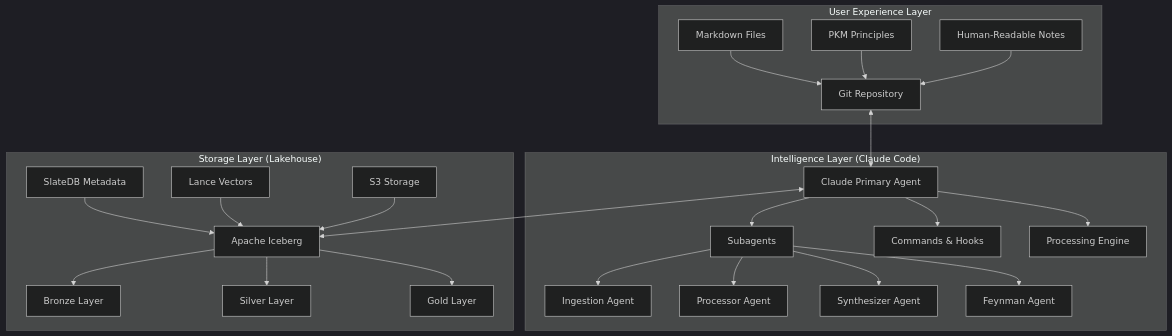
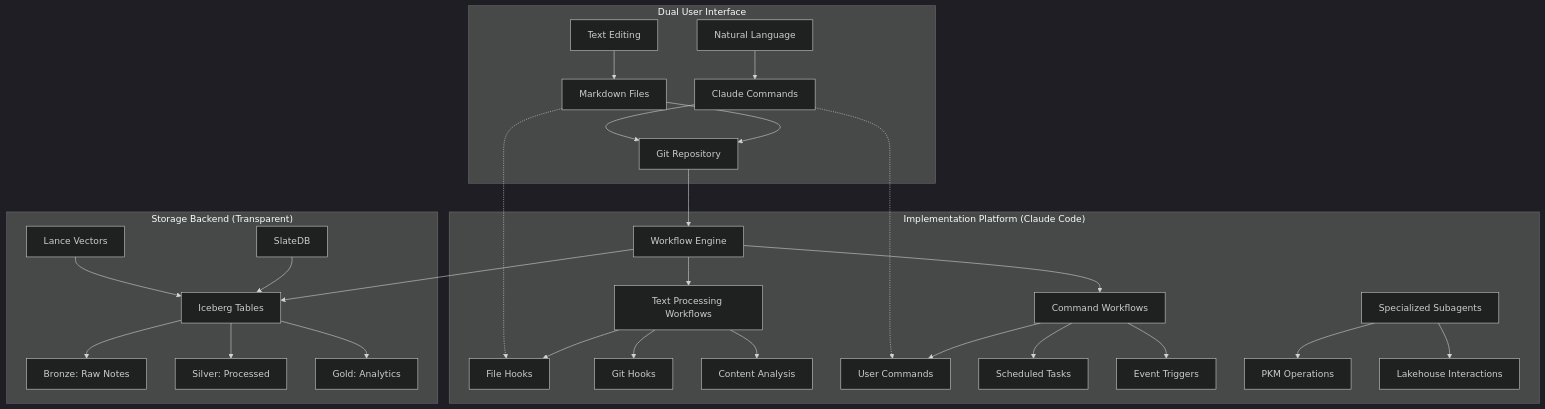
One commit to tommy-ca/research changed the first of 6 diagrams in docs/pkm-architecture/PKM-SYSTEM-ARCHITECTURE.md. Above: the diagram before and after it, drawn with Mermaid (dark theme). The commit also changed other lines of this file and 4 other files, not shown here.

First line of the commit message:
feat: PKM Architecture v4.0 - Dual Interface with Claude Implementation Platform

````diff
--- a/docs/pkm-architecture/PKM-SYSTEM-ARCHITECTURE.md
+++ b/docs/pkm-architecture/PKM-SYSTEM-ARCHITECTURE.md
@@ -26,30 +26,39 @@
 ```mermaid
 graph TB
-    subgraph "User Experience Layer"
-        A[Markdown Files] --> B[Git Repository]
-        C[PKM Principles] --> B
-        D[Human-Readable Notes] --> B
+    subgraph "Dual User Interface"
+        A[Text Editing] --> B[Markdown Files]
+        C[Natural Language] --> D[Claude Commands]
+        B --> E[Git Repository]
+        D --> E
     end
     
-    subgraph "Intelligence Layer (Claude Code)"
-        E[Claude Primary Agent] --> F[Subagents]
-        E --> G[Commands & Hooks]
-        E --> H[Processing Engine]
-        F --> I[Ingestion Agent]
-        F --> J[Processor Agent]
-        F --> K[Synthesizer Agent]
-        F --> L[Feynman Agent]
+    subgraph "Implementation Platform (Claude Code)"
+        F[Workflow Engine] --> G[Text Processing Workflows]
+        F --> H[Command Workflows]
+        
+        G --> I[File Hooks]
+        G --> J[Git Hooks]
+        G --> K[Content Analysis]
+        
+        H --> L[User Commands]
+        H --> M[Scheduled Tasks]
+        H --> N[Event Triggers]
+        
+        O[Specialized Subagents]
+        O --> P[PKM Operations]
+        O --> Q[Lakehouse Interactions]
     end
     
-    subgraph "Storage Layer (Lakehouse)"
-        M[Apache Iceberg] --> N[Bronze Layer]
-        M --> O[Silver Layer]
-        M --> P[Gold Layer]
-        Q[SlateDB Metadata] --> M
-        R[Lance Vectors] --> M
-        S[S3 Storage] --> M
+    subgraph "Storage Backend (Transparent)"
+        R[Iceberg Tables] --> S[Bronze: Raw Notes]
+        R --> T[Silver: Processed]
+        R --> U[Gold: Analytics]
+        V[SlateDB] --> R
+        W[Lance Vectors] --> R
     end
     
-    B <--> E
-    E <--> M
+    E --> F
+    F --> R
+    B -.-> I
+    D -.-> L
 ```
````
